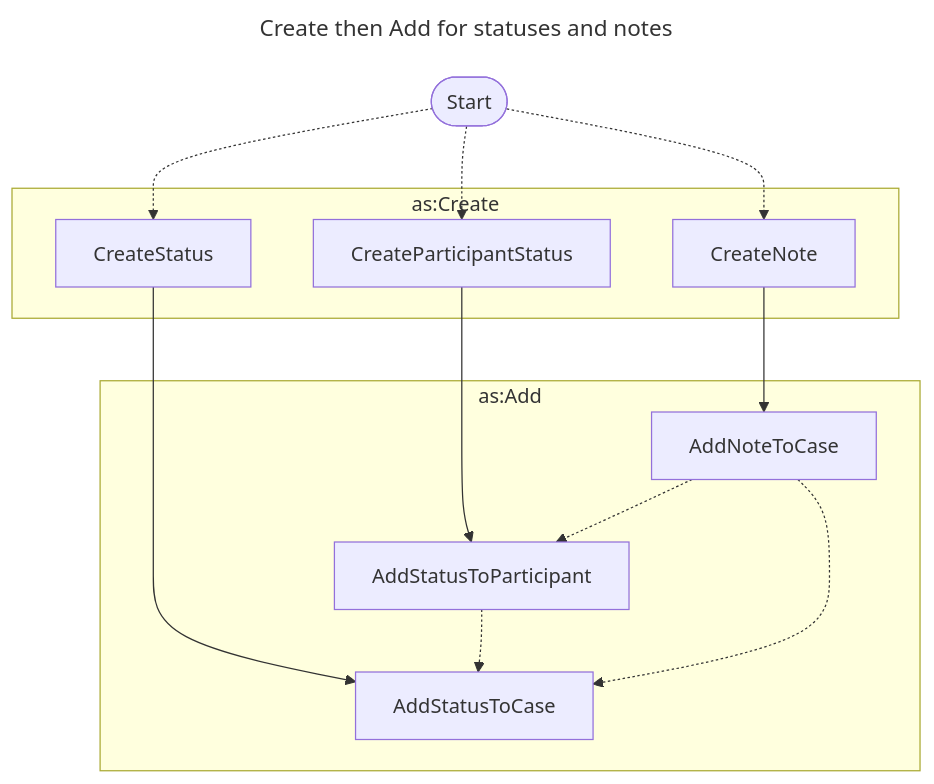
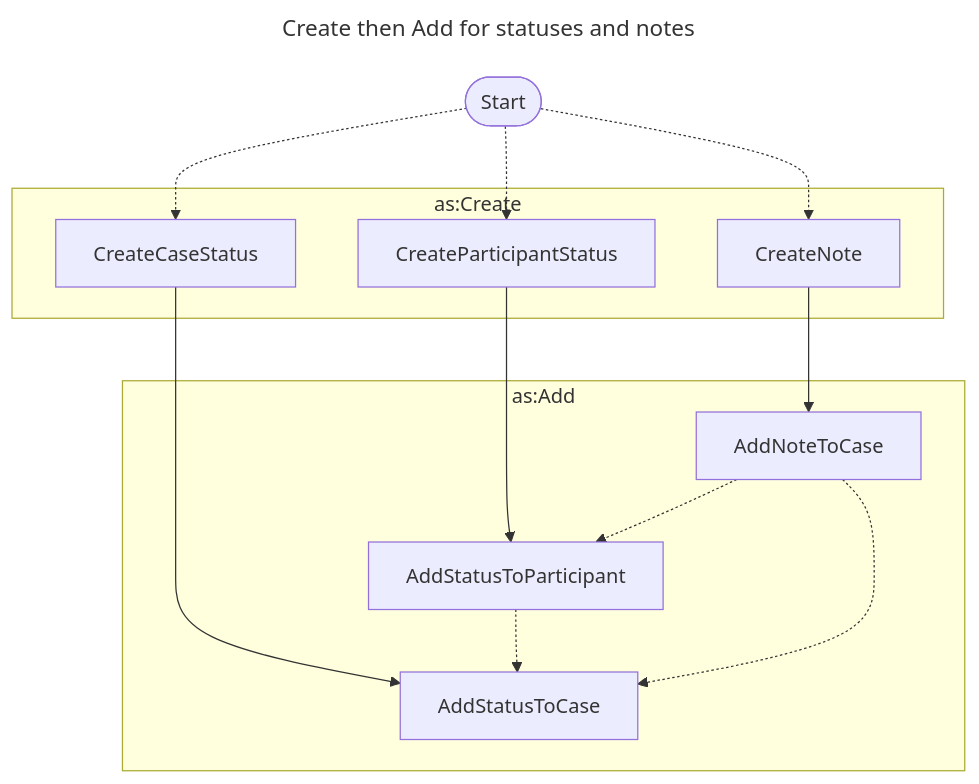
One commit to CERTCC/Vultron changed the second of 4 diagrams in docs/topics/activity_vocabulary_design.md. Above: the diagram before and after it, drawn with Mermaid. The commit also changed other lines of this file and 5 other files, not shown here.

````diff
--- a/docs/topics/activity_vocabulary_design.md
+++ b/docs/topics/activity_vocabulary_design.md
@@ -155,26 +155,26 @@
 ```mermaid
 ---
 title: Create then Add for statuses and notes
 ---
 flowchart TB
     subgraph as:Add
         AddNoteToCase
         AddStatusToCase
         AddStatusToParticipant
     end
     subgraph as:Create
         CreateNote
         CreateParticipantStatus
-        CreateStatus
+        CreateCaseStatus
     end
     start([Start])
-    start -.-> CreateStatus
+    start -.-> CreateCaseStatus
     start -.-> CreateParticipantStatus
     start -.-> CreateNote
     CreateNote --> AddNoteToCase
-    CreateStatus --> AddStatusToCase
+    CreateCaseStatus --> AddStatusToCase
     CreateParticipantStatus --> AddStatusToParticipant
     AddStatusToParticipant -.-> AddStatusToCase
     AddNoteToCase -.-> AddStatusToParticipant
     AddNoteToCase -.-> AddStatusToCase
 ```
````
